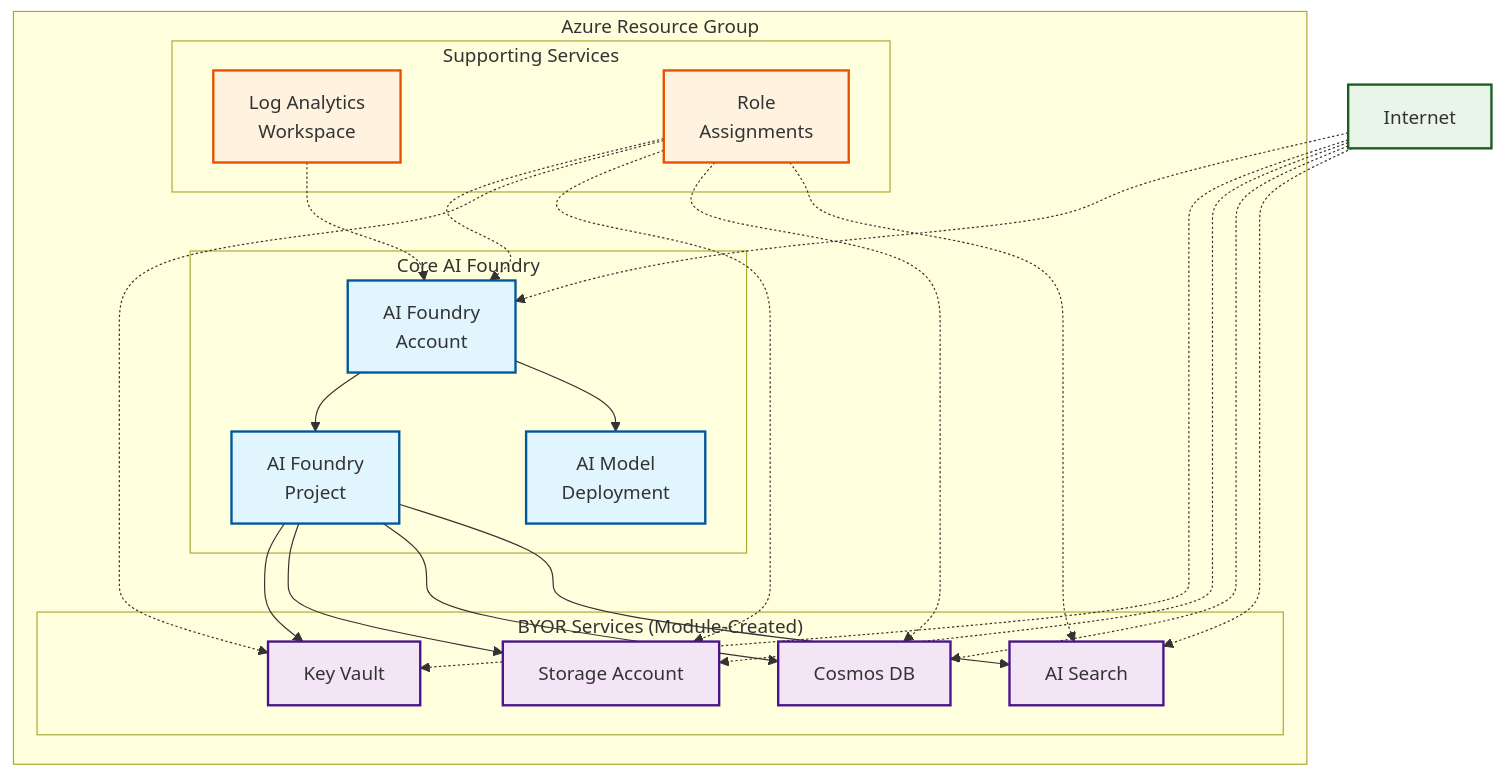
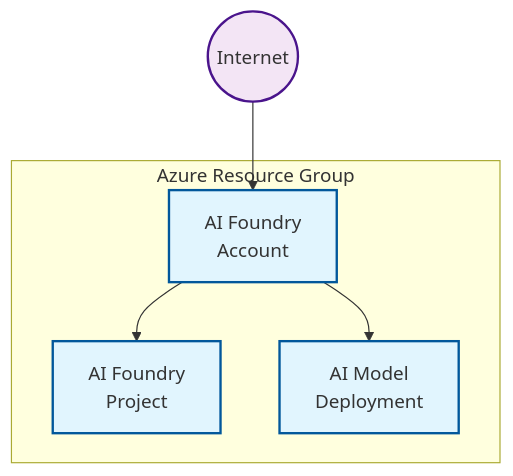
Before and after one commit to Azure/terraform-azurerm-avm-ptn-aiml-ai-foundry: the diagram in examples/public/README.md, drawn with Mermaid. The commit also changed other lines of this file and 27 other files, not shown here.

````diff
--- a/examples/public/README.md
+++ b/examples/public/README.md
@@ -11,55 +11,17 @@
 ```mermaid
 graph TB
     subgraph "Azure Resource Group"
-        subgraph "Core AI Foundry"
-            AF[AI Foundry<br/>Account]
-            AFP[AI Foundry<br/>Project]
-            AMD[AI Model<br/>Deployment]
-        end
-        
-        subgraph "BYOR Services (Module-Created)"
-            KV[Key Vault]
-            SA[Storage Account]
-            CDB[Cosmos DB]
-            AIS[AI Search]
-        end
-        
-        subgraph "Supporting Services"
-            LAW[Log Analytics<br/>Workspace]
-            RA[Role<br/>Assignments]
-        end
+        AF[AI Foundry<br/>Account]
+        AFP[AI Foundry<br/>Project]
+        AMD[AI Model<br/>Deployment]
     end
-    
-    %% Core relationships
+
+    INTERNET((Internet)) --> AF
     AF --> AFP
     AF --> AMD
-    AFP --> KV
-    AFP --> SA
-    AFP --> CDB
-    AFP --> AIS
-    
-    %% Supporting relationships
-    LAW -.-> AF
-    RA -.-> AF
-    RA -.-> KV
-    RA -.-> SA
-    RA -.-> CDB
-    RA -.-> AIS
-    
-    %% Public access (no private endpoints)
-    INTERNET[Internet] -.-> AF
-    INTERNET -.-> KV
-    INTERNET -.-> SA
-    INTERNET -.-> CDB
-    INTERNET -.-> AIS
-    
+
     classDef required fill:#e1f5fe,stroke:#01579b,stroke-width:2px
-    classDef byor fill:#f3e5f5,stroke:#4a148c,stroke-width:2px
-    classDef support fill:#fff3e0,stroke:#e65100,stroke-width:2px
-    classDef access fill:#e8f5e8,stroke:#1b5e20,stroke-width:2px
-    
+    classDef external fill:#f3e5f5,stroke:#4a148c,stroke-width:2px
     class AF,AFP,AMD required
-    class KV,SA,CDB,AIS byor
-    class LAW,RA support
-    class INTERNET access
+    class INTERNET external
 ```
````
